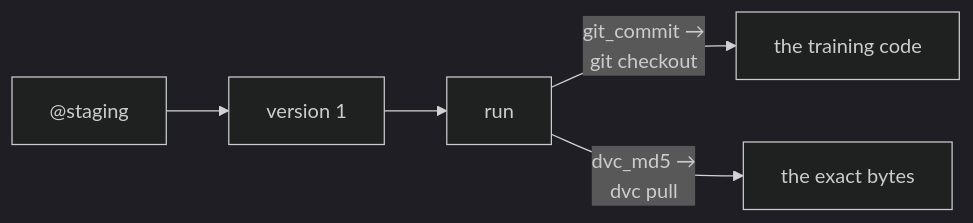
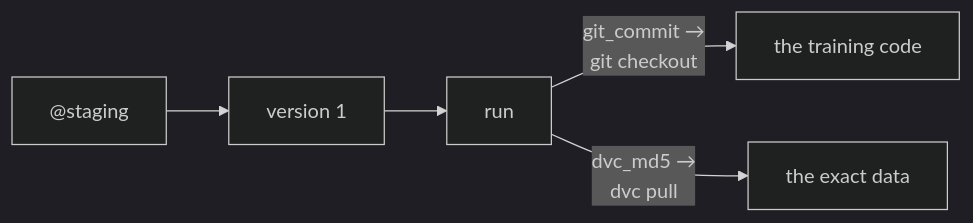
The third of 3 diagrams in lectures/week-04-data-versioning/slides.md (Fava00/mlops-course), drawn with Mermaid (dark theme) before and after one commit. The commit also changed other lines of this file and 141 other files, not shown here.

````diff
--- a/lectures/week-04-data-versioning/slides.md
+++ b/lectures/week-04-data-versioning/slides.md
@@ -1341,6 +1341,6 @@
 ```mermaid {scale: 1.0}
 flowchart LR
     AL["@staging"] --> V["version 1"] --> RUN["run"]
     RUN -->|"git_commit →<br/>git checkout"| CODE["the training code"]
-    RUN -->|"dvc_md5 →<br/>dvc pull"| BYTES["the exact bytes"]
+    RUN -->|"dvc_md5 →<br/>dvc pull"| DATA["the exact data"]
 ```
````
